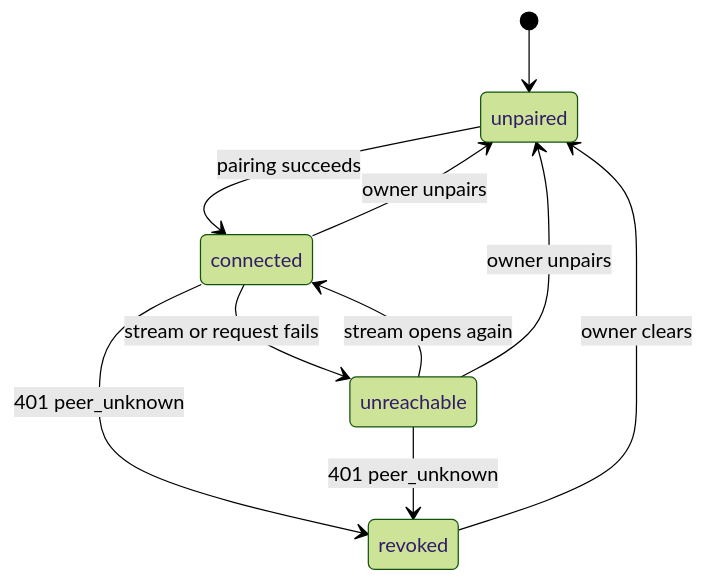
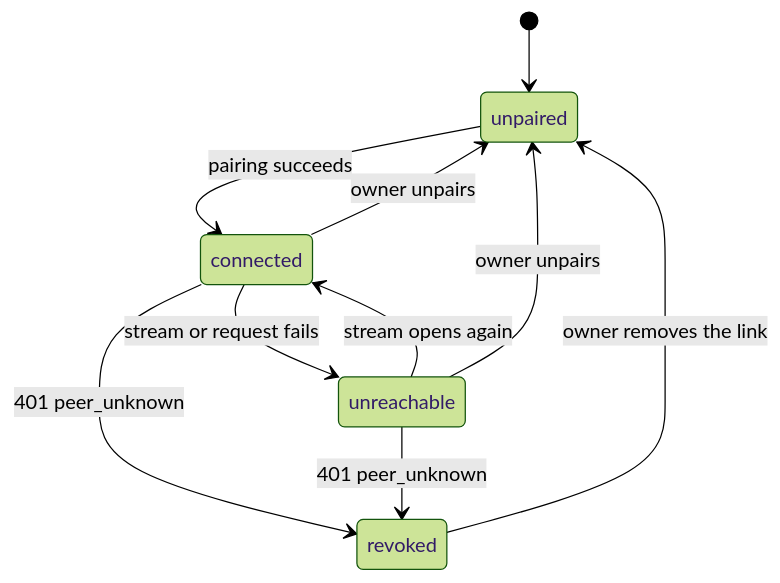
Before and after one commit to syudead/vv: the third of 4 diagrams in docs/design-docs/peer-library.md, drawn with Mermaid (forest theme). The commit also changed other lines of this file and 39 other files, not shown here.

````diff
--- a/docs/design-docs/peer-library.md
+++ b/docs/design-docs/peer-library.md
@@ -133,12 +107,12 @@
 ```mermaid
 stateDiagram-v2
   [*] --> unpaired
   unpaired --> connected: pairing succeeds
   connected --> unreachable: stream or request fails
   unreachable --> connected: stream opens again
   connected --> revoked: 401 peer_unknown
   unreachable --> revoked: 401 peer_unknown
-  revoked --> unpaired: owner clears
+  revoked --> unpaired: owner removes the link
   connected --> unpaired: owner unpairs
   unreachable --> unpaired: owner unpairs
 ```
````
